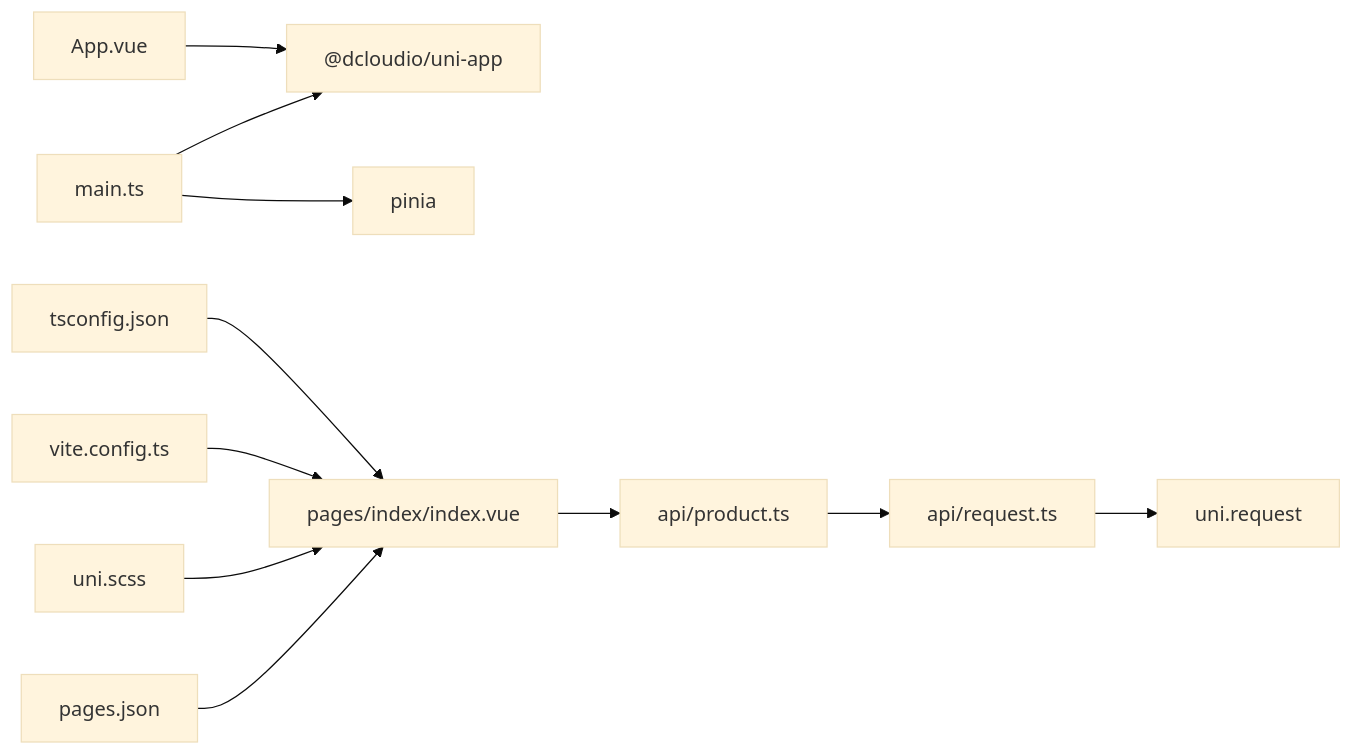
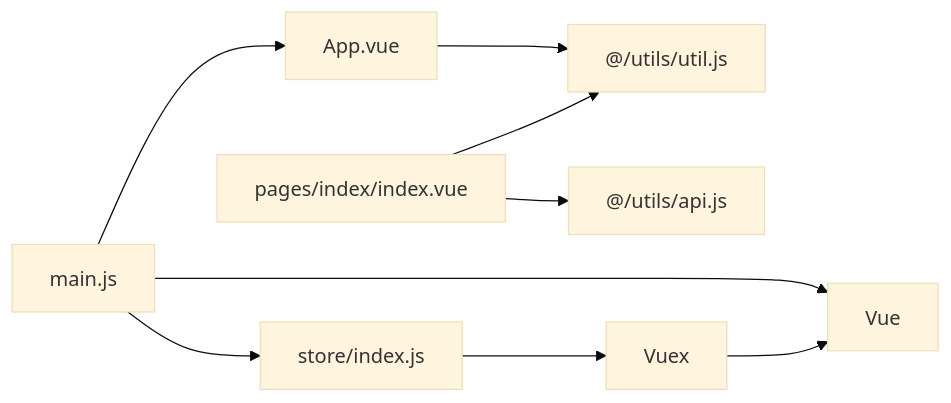
One commit to QtImM/wechatMiniprogram_Store changed the eighth of 8 diagrams in .qoder/repowiki/zh/content/前端架构设计/前端架构设计.md. Above: the diagram before and after it, drawn with Mermaid (base theme). The commit also changed other lines of this file and 109 other files, not shown here.

````diff
--- a/.qoder/repowiki/zh/content/前端架构设计/前端架构设计.md
+++ b/.qoder/repowiki/zh/content/前端架构设计/前端架构设计.md
@@ -307,13 +326,11 @@
 ```mermaid
 graph LR
-MAIN["main.ts"] --> UNI["@dcloudio/uni-app"]
-MAIN --> PINIA["pinia"]
-APP["App.vue"] --> UNI
-IDX["pages/index/index.vue"] --> PROD["api/product.ts"]
-PROD --> REQ["api/request.ts"]
-REQ --> WX["uni.request"]
-PAGES["pages.json"] --> IDX
-SCSS["uni.scss"] --> IDX
-VITE["vite.config.ts"] --> IDX
-TS["tsconfig.json"] --> IDX
+MAIN["main.js"] --> VUE["Vue"]
+MAIN --> STORE["store/index.js"]
+MAIN --> APP["App.vue"]
+APP --> UTIL["@/utils/util.js"]
+IDX["pages/index/index.vue"] --> API["@/utils/api.js"]
+IDX --> UTIL
+STORE --> VUEX["Vuex"]
+VUEX --> VUE
 ```
````
